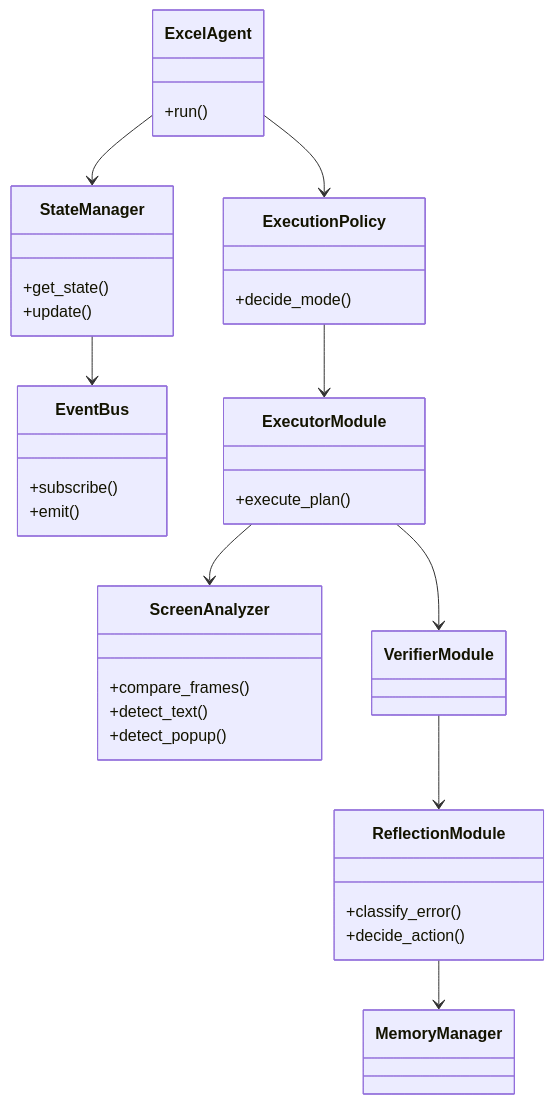
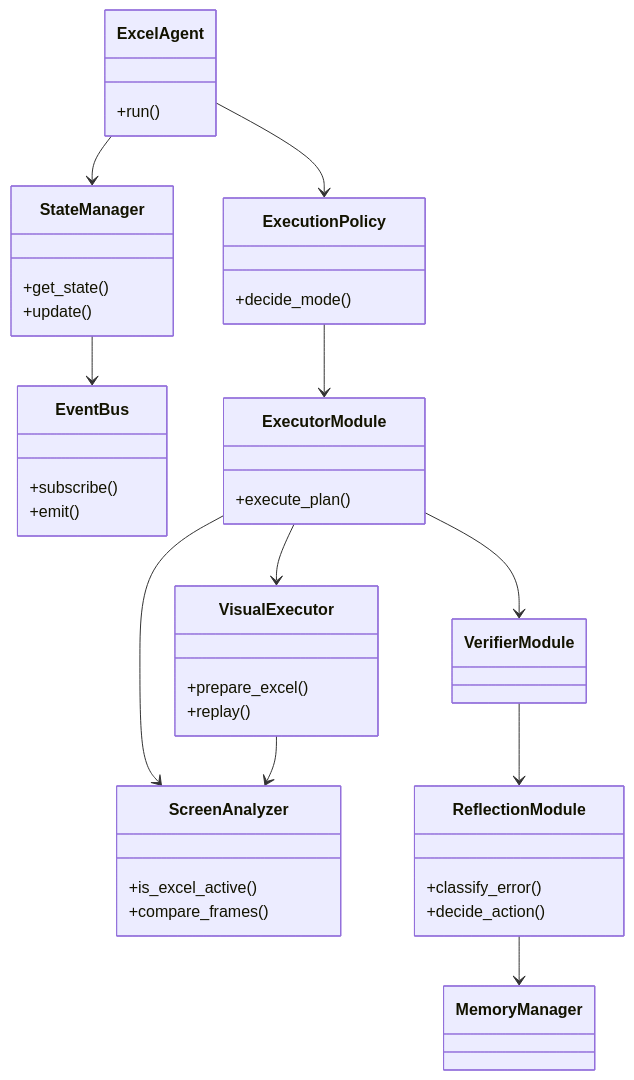
The third of 3 diagrams in architecture_graph.md (rah-9/ExcelAgent), drawn with Mermaid before and after one commit. The commit also changed other lines of this file and 7 other files, not shown here.

````diff
--- a/architecture_graph.md
+++ b/architecture_graph.md
@@ -87,44 +96,50 @@
 ```mermaid
 classDiagram
     class ExcelAgent {
         +run()
     }
 
     class StateManager {
         +get_state()
         +update()
     }
 
     class EventBus {
         +subscribe()
         +emit()
     }
 
     class ExecutionPolicy {
         +decide_mode()
     }
 
     class ExecutorModule {
         +execute_plan()
     }
+    
+    class VisualExecutor {
+        +prepare_excel()
+        +replay()
+    }
 
     class ScreenAnalyzer {
+        +is_excel_active()
         +compare_frames()
-        +detect_text()
-        +detect_popup()
     }
 
     class ReflectionModule {
         +classify_error()
         +decide_action()
     }
 
     ExcelAgent --> StateManager
     StateManager --> EventBus
     ExcelAgent --> ExecutionPolicy
     ExecutionPolicy --> ExecutorModule
+    ExecutorModule --> VisualExecutor
     ExecutorModule --> ScreenAnalyzer
+    VisualExecutor --> ScreenAnalyzer
     ExecutorModule --> VerifierModule
     VerifierModule --> ReflectionModule
     ReflectionModule --> MemoryManager
 ```
````
